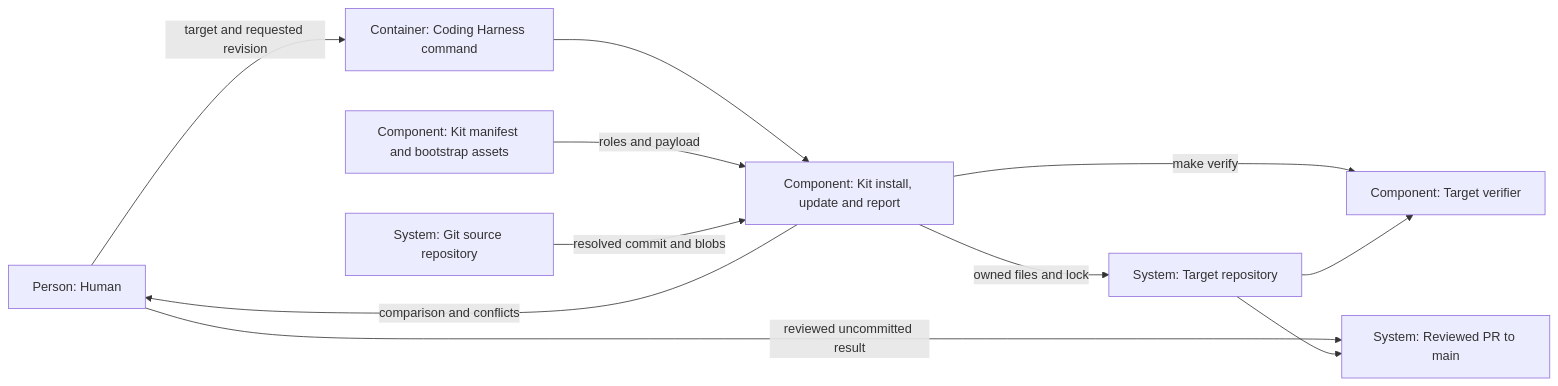
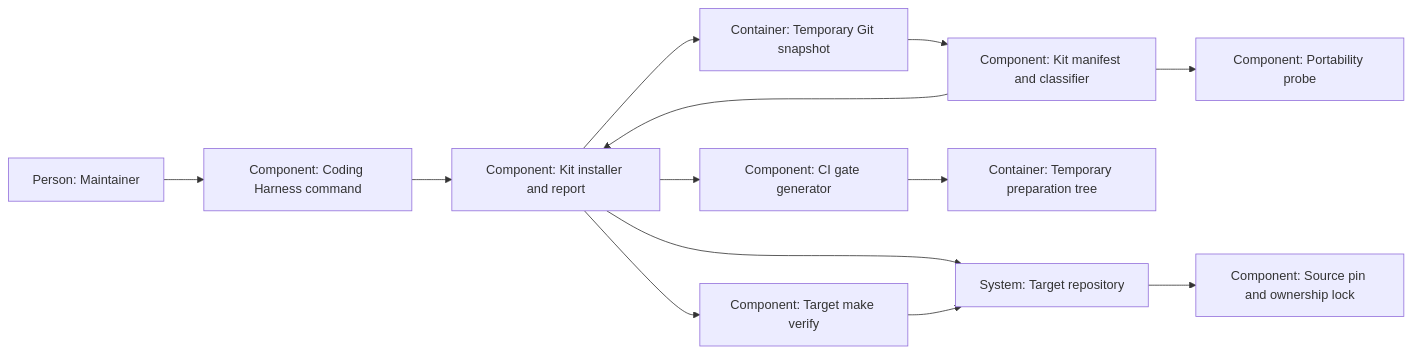
The diagram in plans/changes/kit-install/design.md (bicycle-brakes/monotrope), drawn with Mermaid before and after one commit. The commit also changed other lines of this file and 6 other files, not shown here.

Commit message:
docs(kit-install): draft spec and plan — route codex

````diff
--- a/plans/changes/kit-install/design.md
+++ b/plans/changes/kit-install/design.md
@@ -224,13 +199,15 @@
 ```mermaid
 flowchart LR
-    H["Person: Human"] -->|"target and requested revision"| C["Container: Coding Harness command"]
-    C --> K["Component: Kit install, update and report"]
-    M["Component: Kit manifest and bootstrap assets"] -->|"roles and payload"| K
-    G["System: Git source repository"] -->|"resolved commit and blobs"| K
-    K -->|"owned files and lock"| T["System: Target repository"]
-    K -->|"make verify"| V["Component: Target verifier"]
-    T --> V
-    K -->|"comparison and conflicts"| H
-    H -->|"reviewed uncommitted result"| P["System: Reviewed PR to main"]
-    T --> P
+    maintainer["Person: Maintainer"] --> command["Component: Coding Harness command"]
+    command --> installer["Component: Kit installer and report"]
+    installer --> snapshot["Container: Temporary Git snapshot"]
+    snapshot --> manifest["Component: Kit manifest and classifier"]
+    manifest --> installer
+    installer --> generator["Component: CI gate generator"]
+    generator --> preparation["Container: Temporary preparation tree"]
+    installer --> target["System: Target repository"]
+    target --> lock["Component: Source pin and ownership lock"]
+    installer --> verifier["Component: Target make verify"]
+    verifier --> target
+    manifest --> probe["Component: Portability probe"]
 ```
````
